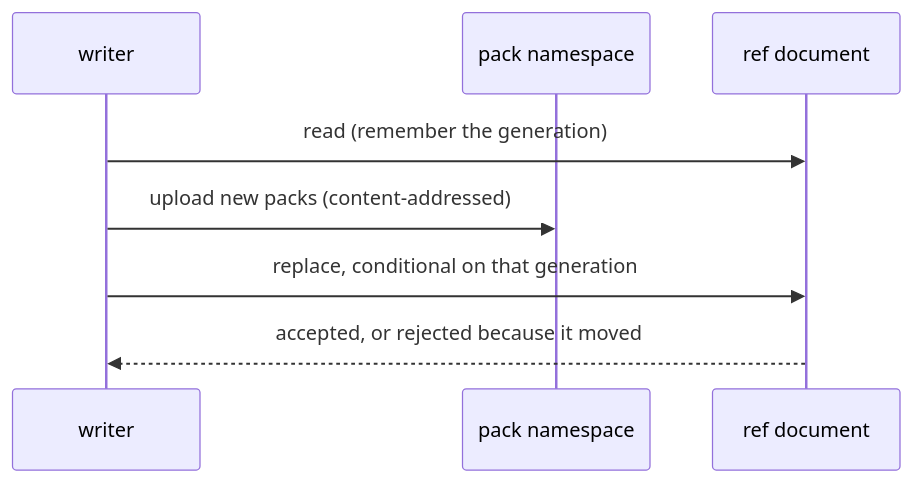
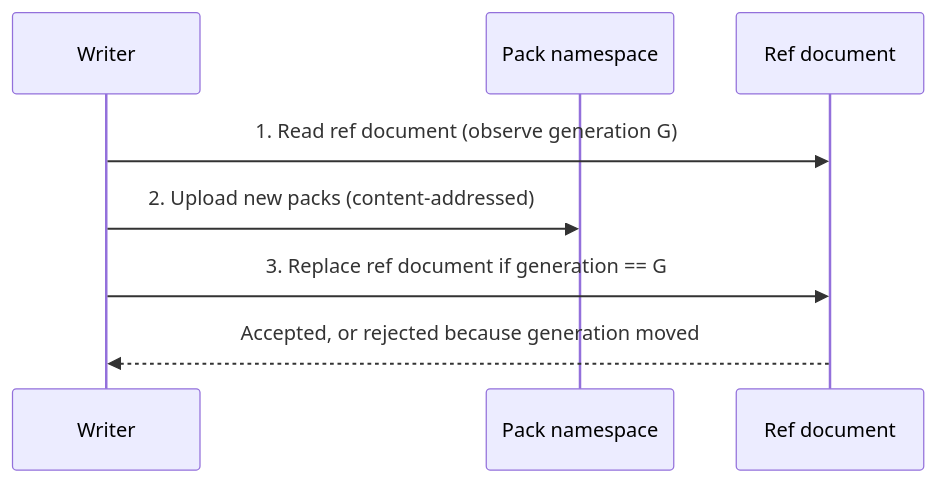
Before and after one commit to populationgenomics/themis: the diagram in docs/design/sheaf.md, drawn with Mermaid. The commit also changed other lines of this file and 34 other files, not shown here.

````diff
--- a/docs/design/sheaf.md
+++ b/docs/design/sheaf.md
@@ -168,10 +201,10 @@
 ```mermaid
 sequenceDiagram
-    participant W as writer
-    participant P as pack namespace
-    participant R as ref document
-    W->>R: read (remember the generation)
-    W->>P: upload new packs (content-addressed)
-    W->>R: replace, conditional on that generation
-    R-->>W: accepted, or rejected because it moved
+    participant W as Writer
+    participant P as Pack namespace
+    participant R as Ref document
+    W->>R: 1. Read ref document (observe generation G)
+    W->>P: 2. Upload new packs (content-addressed)
+    W->>R: 3. Replace ref document if generation == G
+    R-->>W: Accepted, or rejected because generation moved
 ```
````
